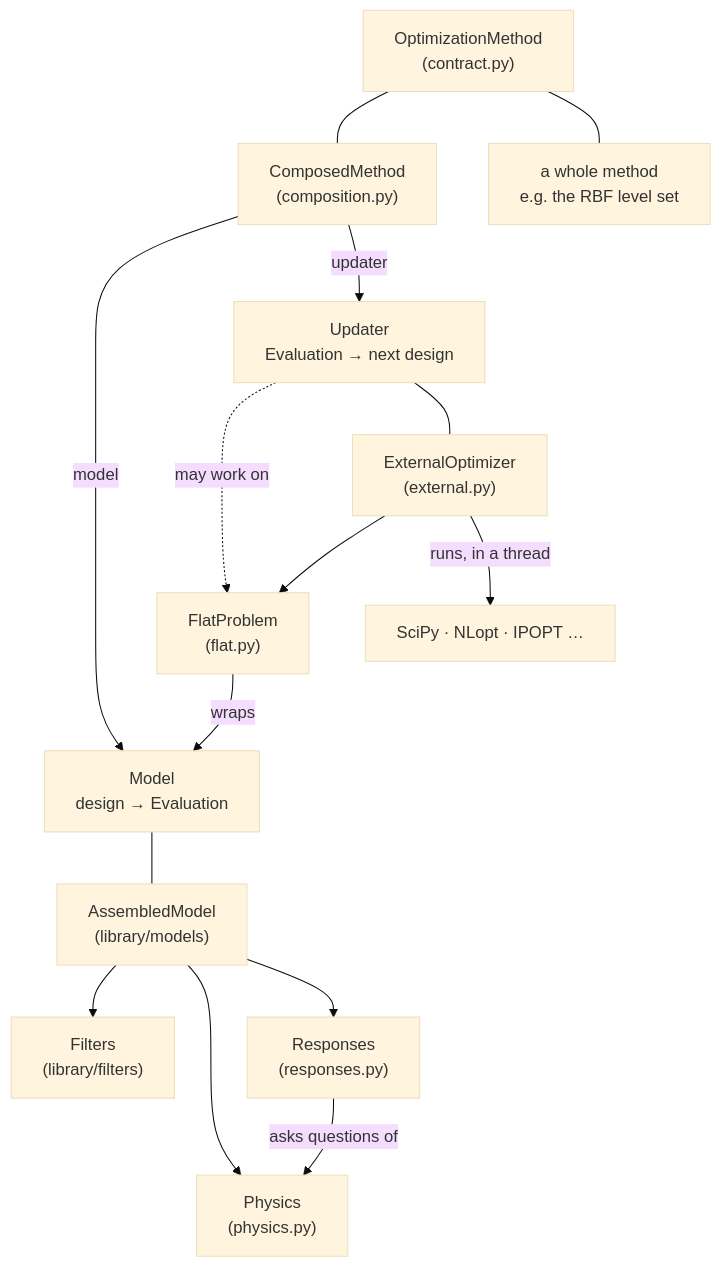
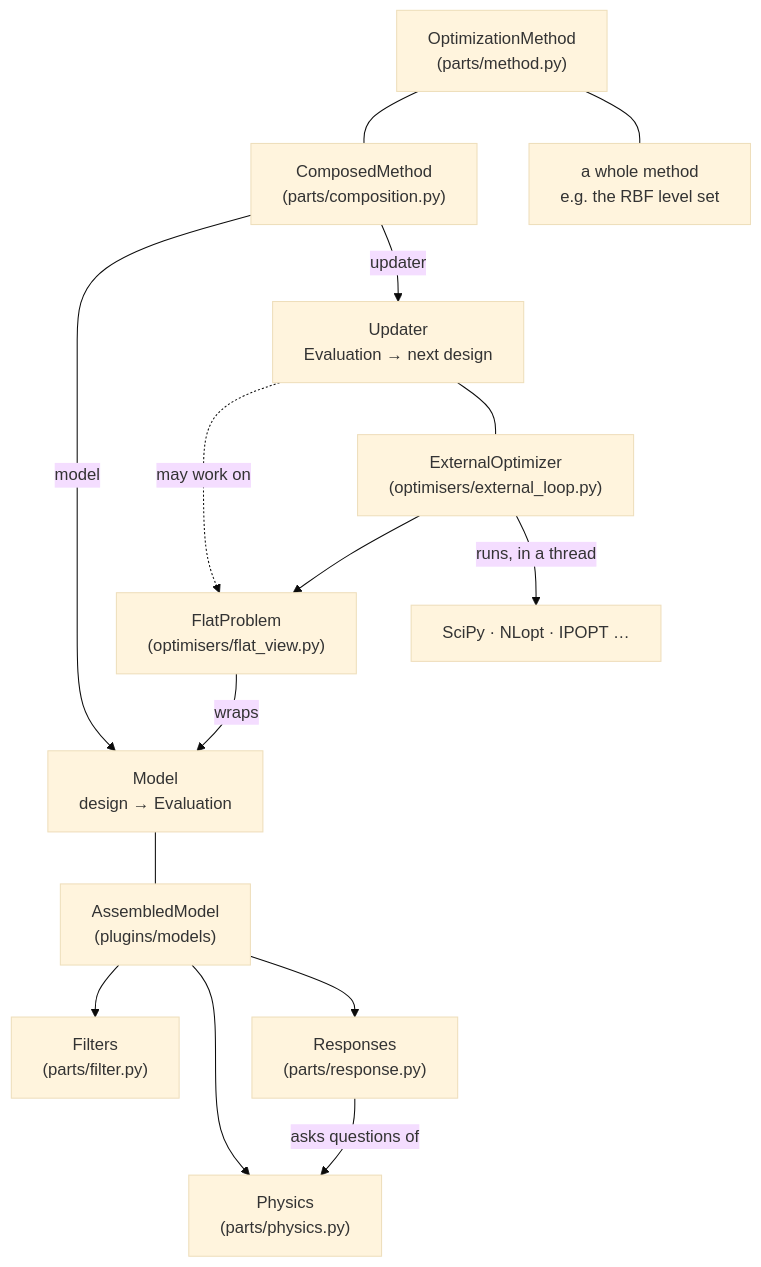
Before and after one commit to Toporia/Toporia-launcher: the second of 4 diagrams in toporia/framework/README.md, drawn with Mermaid (base theme). The commit also changed other lines of this file and 83 other files, not shown here.

````diff
--- a/toporia/framework/README.md
+++ b/toporia/framework/README.md
@@ -93,30 +128,30 @@
 ```mermaid
 flowchart TB
-    OM["OptimizationMethod<br/>(contract.py)"]
-    CM["ComposedMethod<br/>(composition.py)"]
+    OM["OptimizationMethod<br/>(parts/method.py)"]
+    CM["ComposedMethod<br/>(parts/composition.py)"]
     WM["a whole method<br/>e.g. the RBF level set"]
     M["Model<br/>design → Evaluation"]
     U["Updater<br/>Evaluation → next design"]
-    AM["AssembledModel<br/>(library/models)"]
-    F["Filters<br/>(library/filters)"]
-    P["Physics<br/>(physics.py)"]
-    R["Responses<br/>(responses.py)"]
-    FP["FlatProblem<br/>(flat.py)"]
-    EO["ExternalOptimizer<br/>(external.py)"]
+    AM["AssembledModel<br/>(plugins/models)"]
+    F["Filters<br/>(parts/filter.py)"]
+    P["Physics<br/>(parts/physics.py)"]
+    R["Responses<br/>(parts/response.py)"]
+    FP["FlatProblem<br/>(optimisers/flat_view.py)"]
+    EO["ExternalOptimizer<br/>(optimisers/external_loop.py)"]
     LIB["SciPy · NLopt · IPOPT …"]
 
     OM --- CM
     OM --- WM
     CM -- "model" --> M
     CM -- "updater" --> U
     M --- AM
     AM --> F
     AM --> P
     AM --> R
     R -- "asks questions of" --> P
     U -. "may work on" .-> FP
     U --- EO
     EO --> FP
     EO -- "runs, in a thread" --> LIB
     FP -- "wraps" --> M
 ```
````
